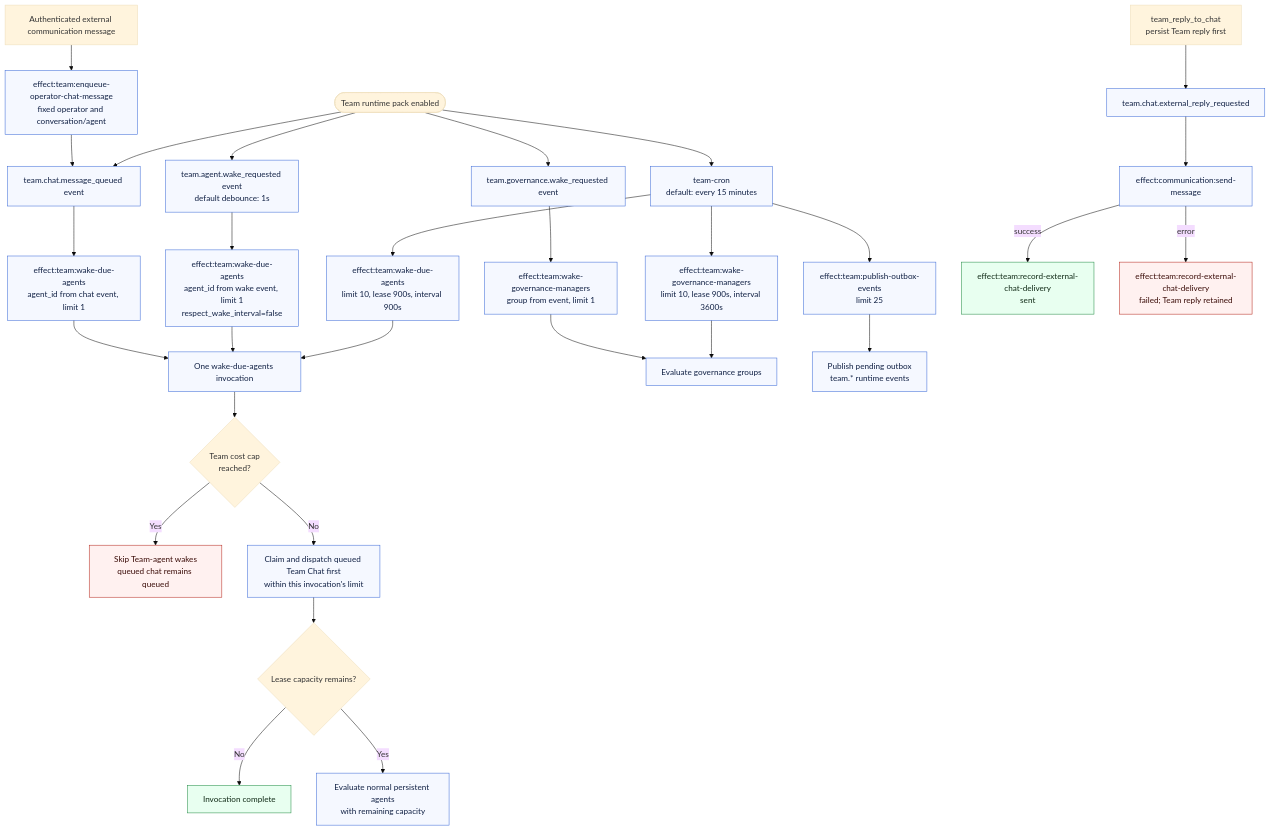
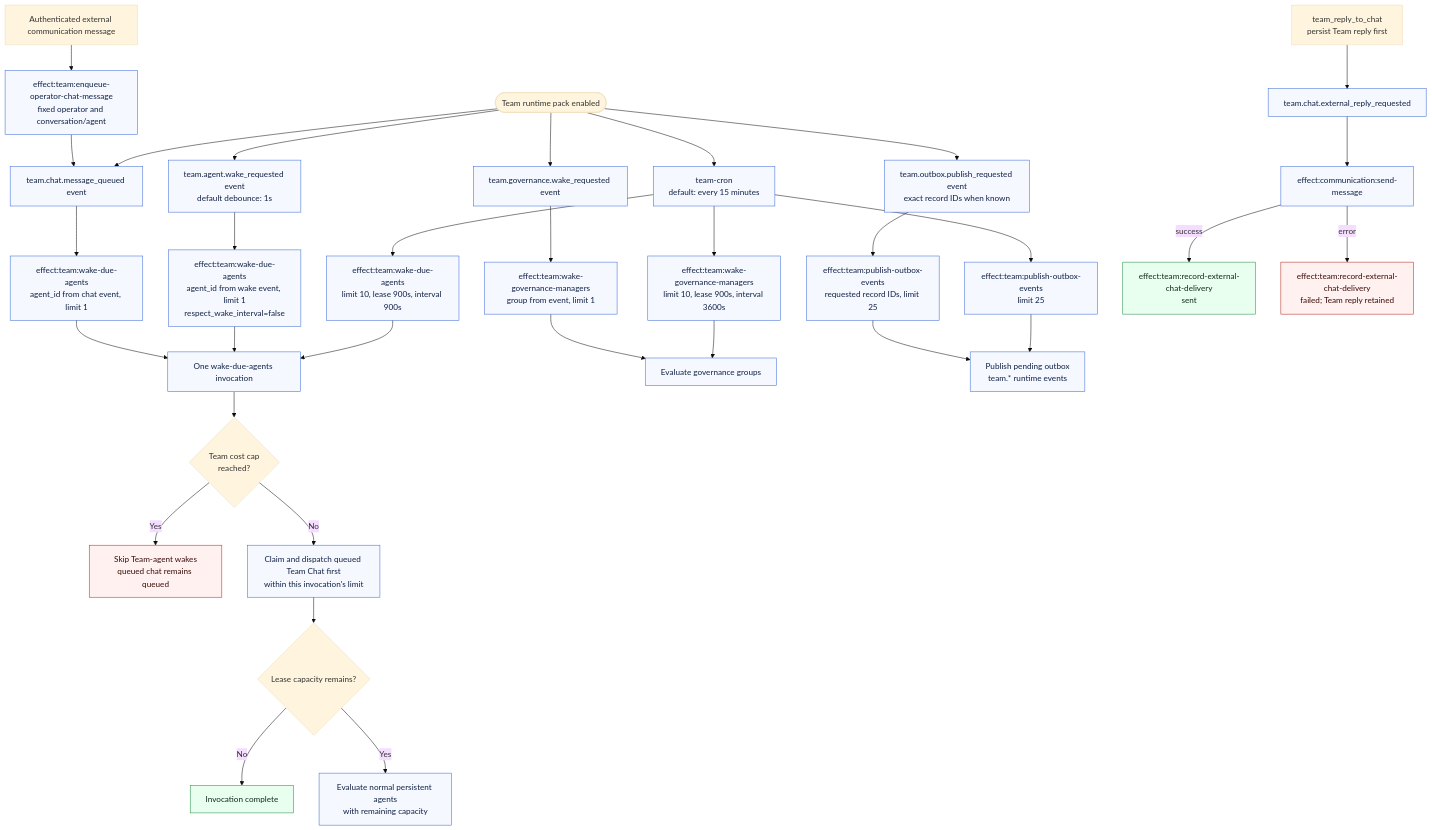
One commit to QuinthSoftwareSolutions/evander changed the first of 10 diagrams in docs/team-addon-wake-decision-tree.md. Above: the diagram before and after it, drawn with Mermaid (base theme). The commit also changed other lines of this file and 17 other files, not shown here.

````diff
--- a/docs/team-addon-wake-decision-tree.md
+++ b/docs/team-addon-wake-decision-tree.md
@@ -19,45 +21,48 @@
 ```mermaid
 flowchart TD
     start([Team runtime pack enabled])
 
     start --> cron["team-cron<br/>default: every 15 minutes"]
     start --> wake_event["team.agent.wake_requested event<br/>default debounce: 1s"]
     start --> chat_event["team.chat.message_queued event"]
     start --> gov_event["team.governance.wake_requested event"]
+    start --> outbox_request["team.outbox.publish_requested event<br/>exact record IDs when known"]
 
     cron --> normal_effect["effect:team:wake-due-agents<br/>limit 10, lease 900s, interval 900s"]
     wake_event --> requested_effect["effect:team:wake-due-agents<br/>agent_id from wake event, limit 1<br/>respect_wake_interval=false"]
     chat_event --> chat_effect["effect:team:wake-due-agents<br/>agent_id from chat event, limit 1"]
     cron --> gov_effect["effect:team:wake-governance-managers<br/>limit 10, lease 900s, interval 3600s"]
     gov_event --> gov_requested_effect["effect:team:wake-governance-managers<br/>group from event, limit 1"]
     cron --> outbox_effect["effect:team:publish-outbox-events<br/>limit 25"]
+    outbox_request --> requested_outbox_effect["effect:team:publish-outbox-events<br/>requested record IDs, limit 25"]
 
     normal_effect --> wake_invocation
     requested_effect --> wake_invocation
     chat_effect --> wake_invocation
     wake_invocation["One wake-due-agents invocation"] --> cost_guard{"Team cost cap<br/>reached?"}
     cost_guard -->|Yes| cost_skip["Skip Team-agent wakes<br/>queued chat remains queued"]
     cost_guard -->|No| chat_first["Claim and dispatch queued Team Chat first<br/>within this invocation's limit"]
     chat_first --> capacity{"Lease capacity remains?"}
     capacity -->|No| wake_done["Invocation complete"]
     capacity -->|Yes| normal_tree["Evaluate normal persistent agents<br/>with remaining capacity"]
 
     gov_effect --> gov_tree["Evaluate governance groups"]
     gov_requested_effect --> gov_tree
     outbox_effect --> outbox["Publish pending outbox<br/>team.* runtime events"]
+    requested_outbox_effect --> outbox
 
     external_message["Authenticated external communication message"] --> bridge["effect:team:enqueue-operator-chat-message<br/>fixed operator and conversation/agent"]
     bridge --> chat_event
 
     agent_reply["team_reply_to_chat<br/>persist Team reply first"] --> external_reply["team.chat.external_reply_requested"]
     external_reply --> send_external["effect:communication:send-message"]
     send_external -->|success| record_sent["effect:team:record-external-chat-delivery<br/>sent"]
     send_external -->|error| record_failed["effect:team:record-external-chat-delivery<br/>failed; Team reply retained"]
 
     classDef wake fill:#e8fff0,stroke:#208a42,color:#102a16;
     classDef skip fill:#fff1f0,stroke:#b42318,color:#3a0b07;
     classDef process fill:#f5f8ff,stroke:#3867d6,color:#102044;
-    class normal_effect,requested_effect,chat_effect,gov_effect,gov_requested_effect,outbox_effect,wake_invocation,chat_first,normal_tree,gov_tree,outbox,cron,wake_event,chat_event,gov_event,bridge,external_reply,send_external process;
+    class normal_effect,requested_effect,chat_effect,gov_effect,gov_requested_effect,outbox_effect,requested_outbox_effect,wake_invocation,chat_first,normal_tree,gov_tree,outbox,cron,wake_event,chat_event,gov_event,outbox_request,bridge,external_reply,send_external process;
     class record_sent,wake_done wake;
     class cost_skip,record_failed skip;
 ```
````
